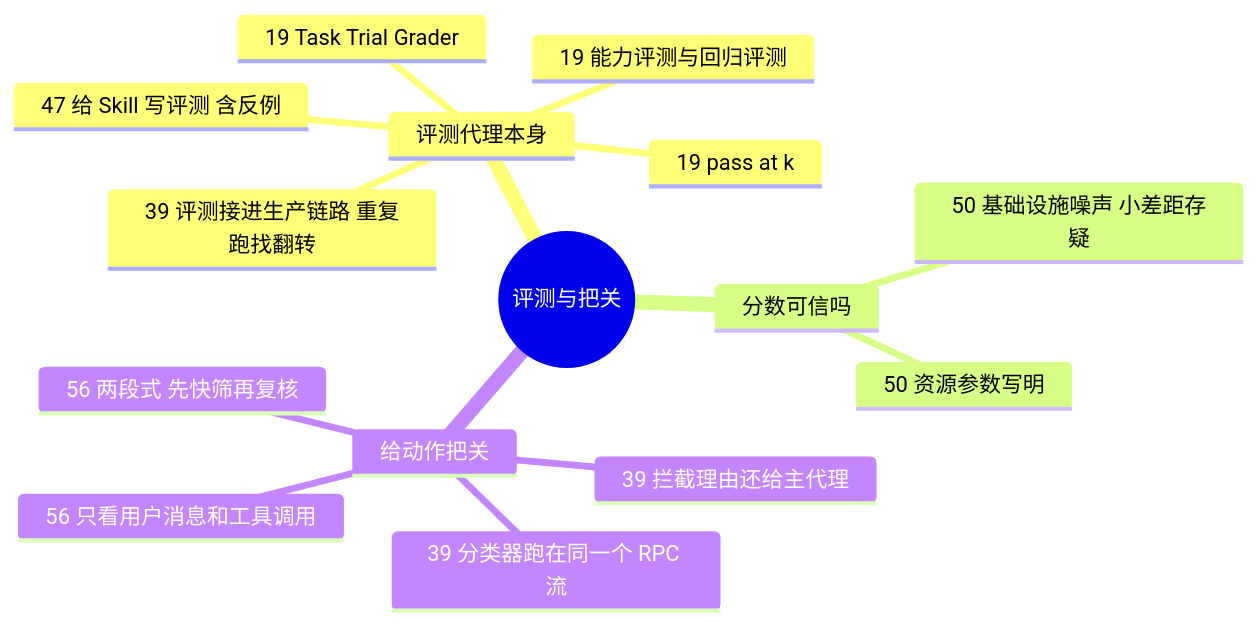
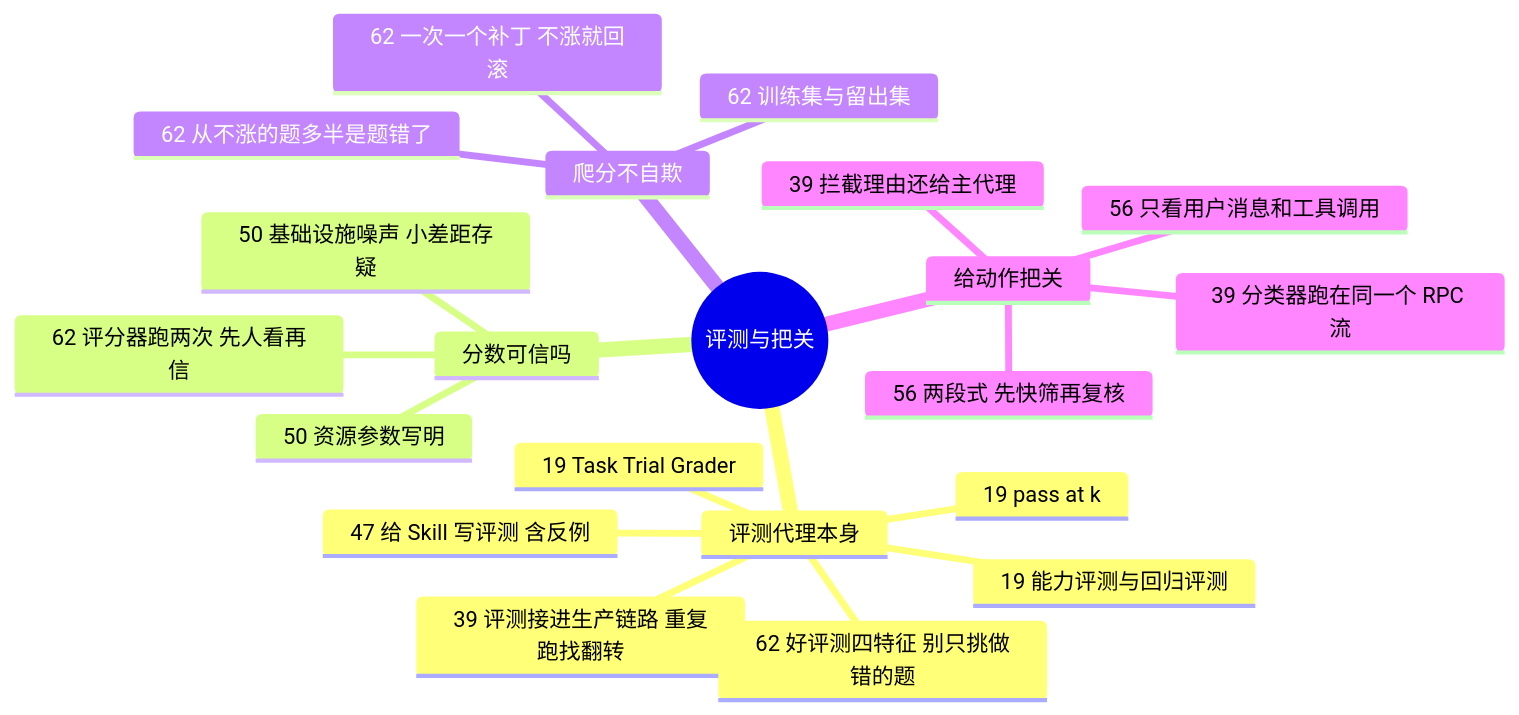
One commit to yzw7489757/ai-coding-videos changed the diagram in docs/guide/evals.md. Above: the diagram before and after it, drawn with Mermaid. The commit also changed other lines of this file and 18 other files, not shown here.

````diff
--- a/docs/guide/evals.md
+++ b/docs/guide/evals.md
@@ -15,18 +15,24 @@
 ```mermaid
 mindmap
   root((评测与把关))
     评测代理本身
       19 Task Trial Grader
       19 能力评测与回归评测
       19 pass at k
       39 评测接进生产链路 重复跑找翻转
       47 给 Skill 写评测 含反例
+      62 好评测四特征 别只挑做错的题
     分数可信吗
       50 基础设施噪声 小差距存疑
       50 资源参数写明
+      62 评分器跑两次 先人看再信
+    爬分不自欺
+      62 训练集与留出集
+      62 一次一个补丁 不涨就回滚
+      62 从不涨的题多半是题错了
     给动作把关
       39 分类器跑在同一个 RPC 流
       39 拦截理由还给主代理
       56 两段式 先快筛再复核
       56 只看用户消息和工具调用
 ```
````
